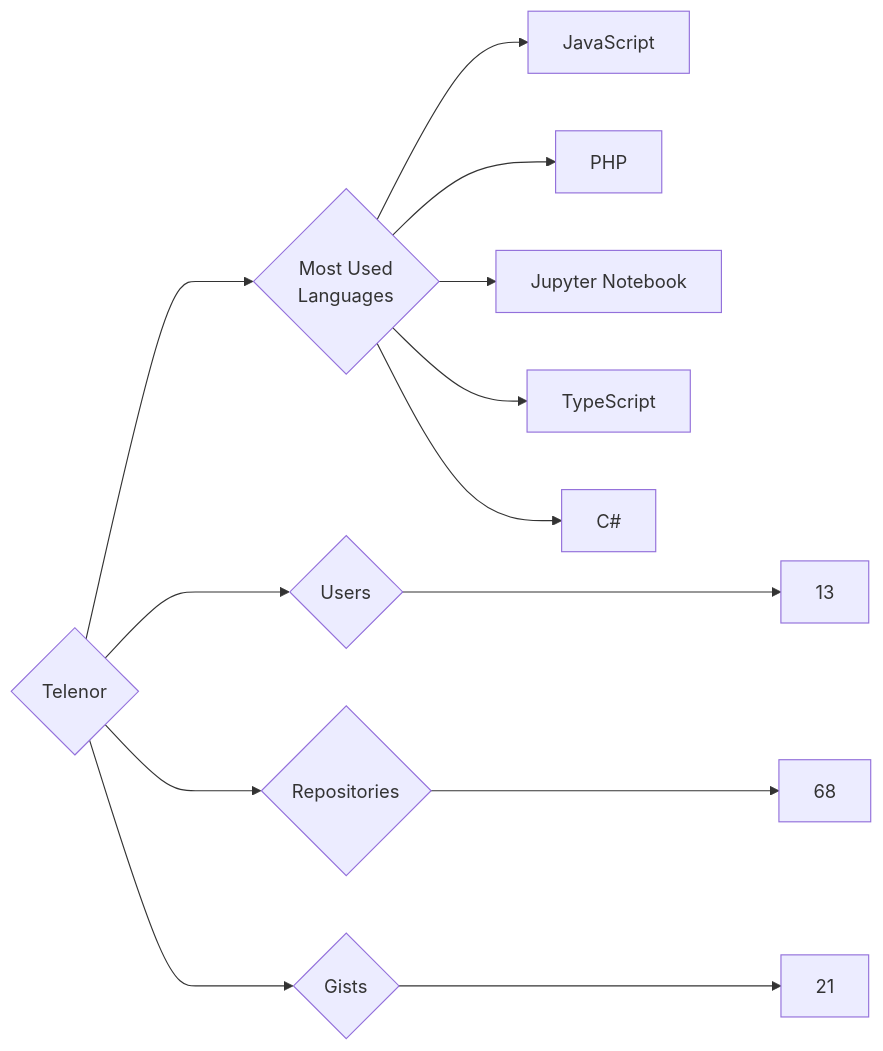
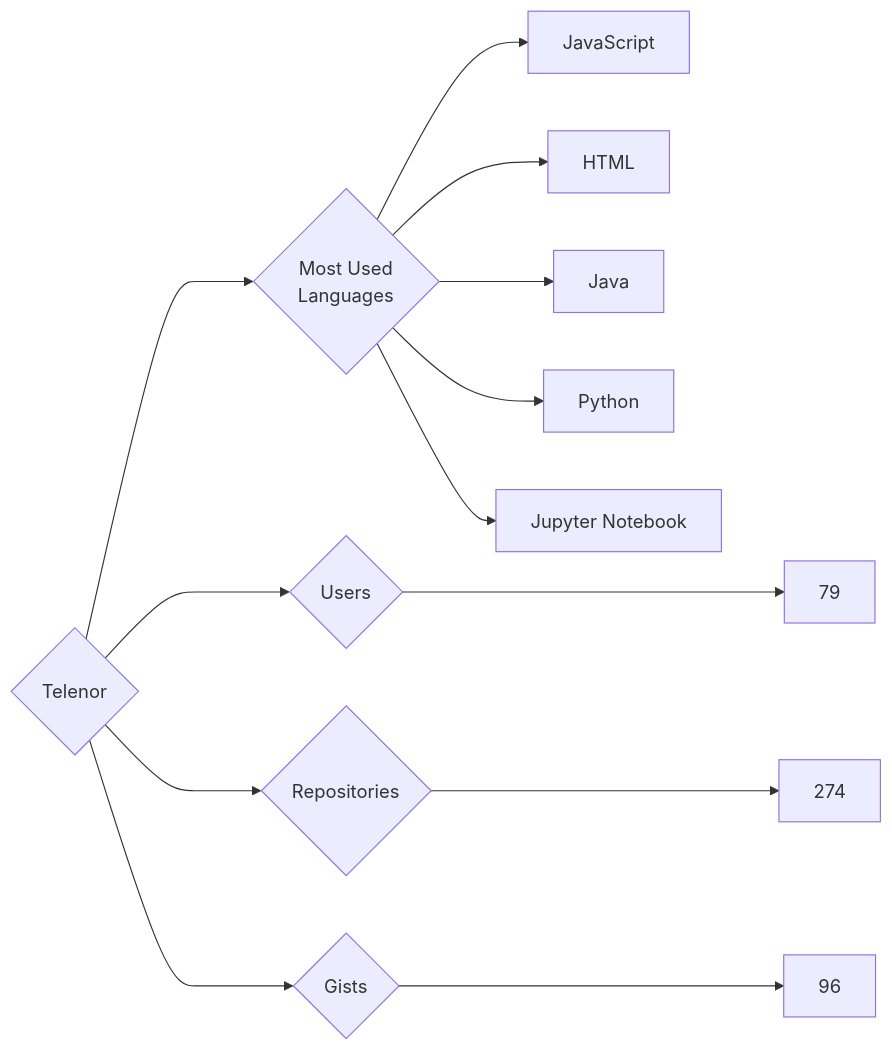
One commit to trickest/insiders changed the diagram in targets/Telenor/README.md. Above: the diagram before and after it, drawn with Mermaid. The commit also changed 1007 other files, not shown here.

````diff
--- a/targets/Telenor/README.md
+++ b/targets/Telenor/README.md
@@ -3,13 +3,13 @@
 ```mermaid
 graph LR
 COMPANY_NAME{Telenor}
-COMPANY_NAME ---> U{Users} ---> UN[13]
-COMPANY_NAME ---> R{Repositories} ---> RN[68]
-COMPANY_NAME ---> G{Gists} ---> GN[21]
+COMPANY_NAME ---> U{Users} ---> UN[79]
+COMPANY_NAME ---> R{Repositories} ---> RN[274]
+COMPANY_NAME ---> G{Gists} ---> GN[96]
 COMPANY_NAME ---> ML{Most Used<br>Languages}
 ML --> JavaScript[JavaScript]
-ML --> PHP[PHP]
+ML --> HTML[HTML]
+ML --> Java[Java]
+ML --> Python[Python]
 ML --> Jupyter_Notebook[Jupyter Notebook]
-ML --> TypeScript[TypeScript]
-ML --> C#[C#]
 ```
````
